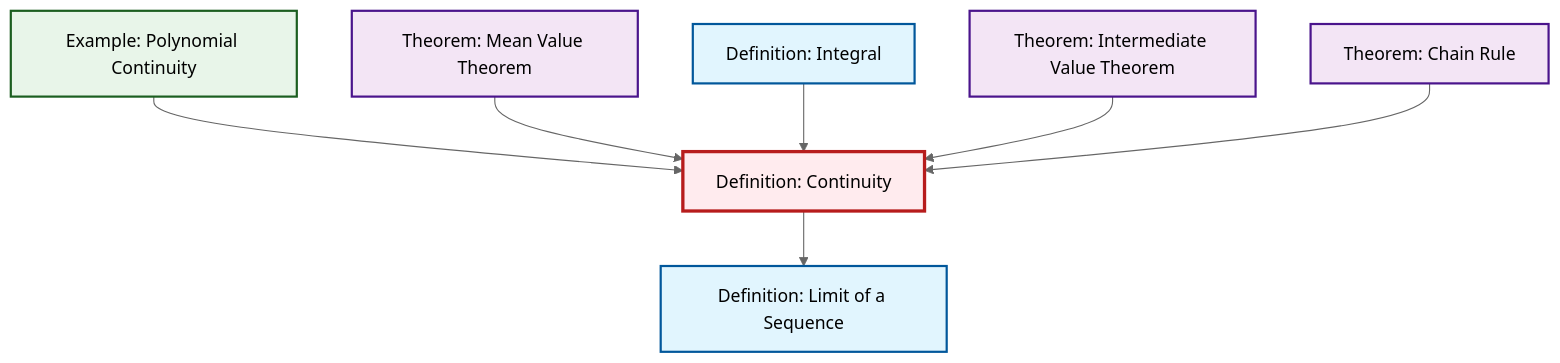
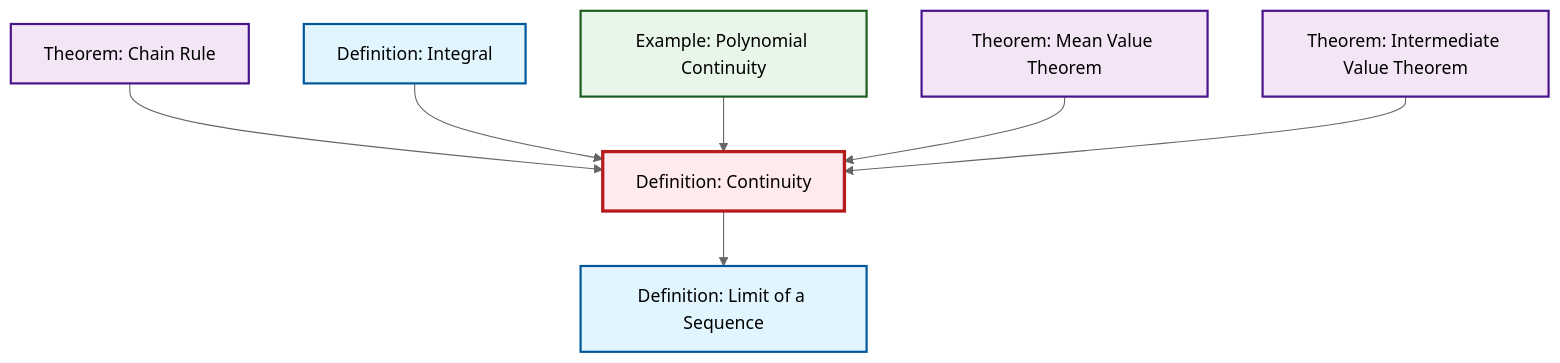
The diagram in content/en/analysis/def-continuity.qmd (RK0429/ModernMath), drawn with Mermaid (neutral theme) before and after one commit. The commit also changed other lines of this file and 434 other files, not shown here.

First line of the commit message:
feat: Add polynomial ring definition with comprehensive cross-references

````diff
--- a/content/en/analysis/def-continuity.qmd
+++ b/content/en/analysis/def-continuity.qmd
@@ -57,29 +57,29 @@
 ```{mermaid}
 %%| fig-cap: "Local dependency graph"
 graph TD
     classDef definition fill:#e1f5fe,stroke:#01579b,stroke-width:2px
     classDef theorem fill:#f3e5f5,stroke:#4a148c,stroke-width:2px
     classDef axiom fill:#fff3e0,stroke:#e65100,stroke-width:2px
     classDef example fill:#e8f5e9,stroke:#1b5e20,stroke-width:2px
     classDef current fill:#ffebee,stroke:#b71c1c,stroke-width:3px
+    thm-chain-rule["Theorem: Chain Rule"]:::theorem
+    def-integral["Definition: Integral"]:::definition
+    thm-intermediate-value["Theorem: Intermediate Value Theorem"]:::theorem
     def-continuity["Definition: Continuity"]:::definition
     ex-polynomial-continuity["Example: Polynomial Continuity"]:::example
+    def-limit["Definition: Limit of a Sequence"]:::definition
     thm-mean-value["Theorem: Mean Value Theorem"]:::theorem
-    thm-chain-rule["Theorem: Chain Rule"]:::theorem
-    def-integral["Definition: Integral"]:::definition
-    def-limit["Definition: Limit of a Sequence"]:::definition
-    thm-intermediate-value["Theorem: Intermediate Value Theorem"]:::theorem
+    thm-chain-rule --> def-continuity
+    def-integral --> def-continuity
     ex-polynomial-continuity --> def-continuity
     def-continuity --> def-limit
     thm-mean-value --> def-continuity
-    def-integral --> def-continuity
     thm-intermediate-value --> def-continuity
-    thm-chain-rule --> def-continuity
     class def-continuity current
-    click ex-polynomial-continuity "ex-polynomial-continuity.html" "Go to Polynomial Continuity example"
-    click thm-mean-value "thm-mean-value.html" "Go to Mean Value Theorem theorem"
     click thm-chain-rule "thm-chain-rule.html" "Go to Chain Rule theorem"
     click def-integral "def-integral.html" "Go to Integral definition"
+    click thm-intermediate-value "thm-intermediate-value.html" "Go to Intermediate Value Theorem theorem"
+    click ex-polynomial-continuity "ex-polynomial-continuity.html" "Go to Polynomial Continuity example"
     click def-limit "def-limit.html" "Go to Limit of a Sequence definition"
-    click thm-intermediate-value "thm-intermediate-value.html" "Go to Intermediate Value Theorem theorem"
+    click thm-mean-value "thm-mean-value.html" "Go to Mean Value Theorem theorem"
 ```
````
